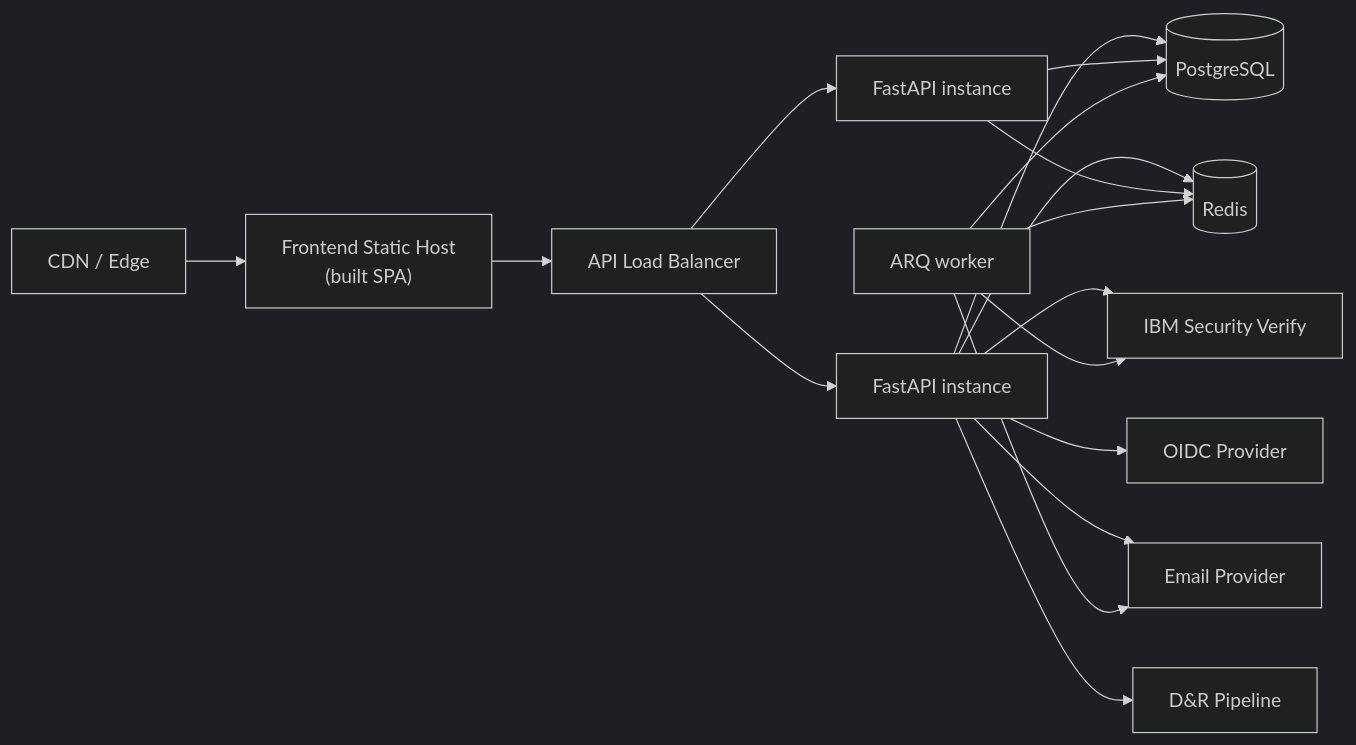
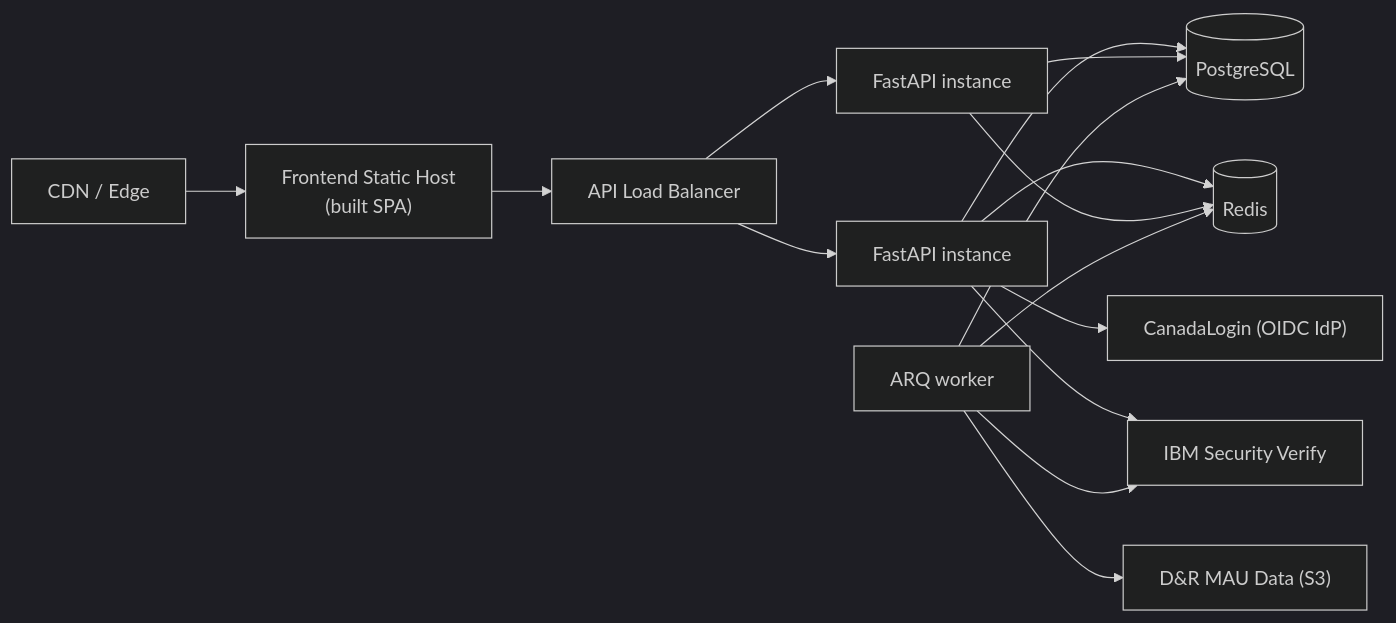
Before and after one commit to cds-snc/canadalogin-partner-portal: the third of 3 diagrams in docs/plans/partner-portal-mvp-architecture.md, drawn with Mermaid (dark theme). The commit also changed other lines of this file and 1 other file, not shown here.

Commit message:
mvp architecture doc update (#93)

````diff
--- a/docs/plans/partner-portal-mvp-architecture.md
+++ b/docs/plans/partner-portal-mvp-architecture.md
@@ -144,19 +145,17 @@
 ```mermaid
 flowchart LR
     cdn["CDN / Edge"] --> fe_host["Frontend Static Host<br/>(built SPA)"]
     fe_host --> api_lb["API Load Balancer"]
     api_lb --> api1["FastAPI instance"]
     api_lb --> api2["FastAPI instance"]
     api1 --> pg[("PostgreSQL")]
     api2 --> pg
     api1 --> redis[("Redis")]
     api2 --> redis
+    api1 --> canadalogin["CanadaLogin (OIDC IdP)"]
     api1 --> verify["IBM Security Verify"]
-    api1 --> oidc["OIDC Provider"]
-    api1 --> notify["Email Provider"]
-    api1 --> dnr["D&R Pipeline"]
     worker["ARQ worker"] --> redis
     worker --> pg
     worker --> verify
-    worker --> notify
+    worker --> s3["D&R MAU Data (S3)"]
 ```
````
